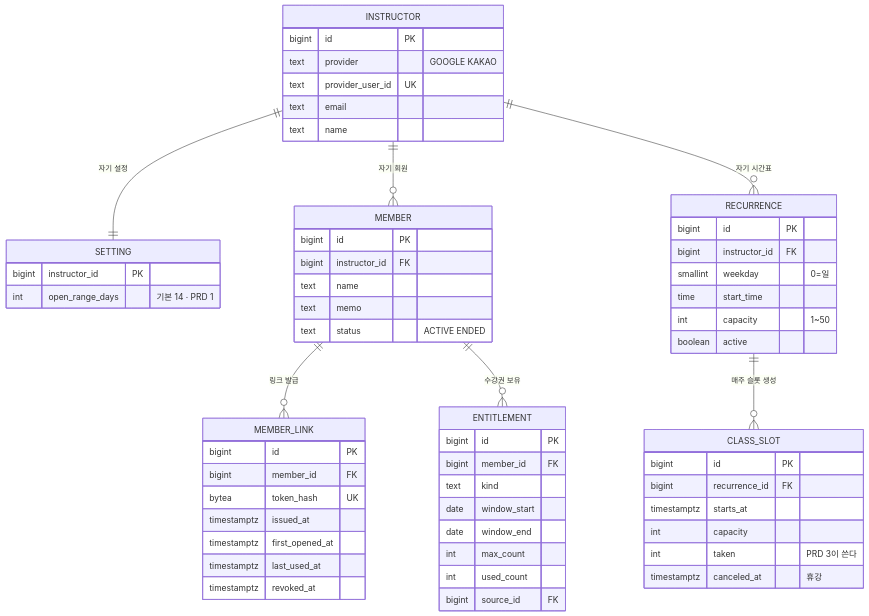
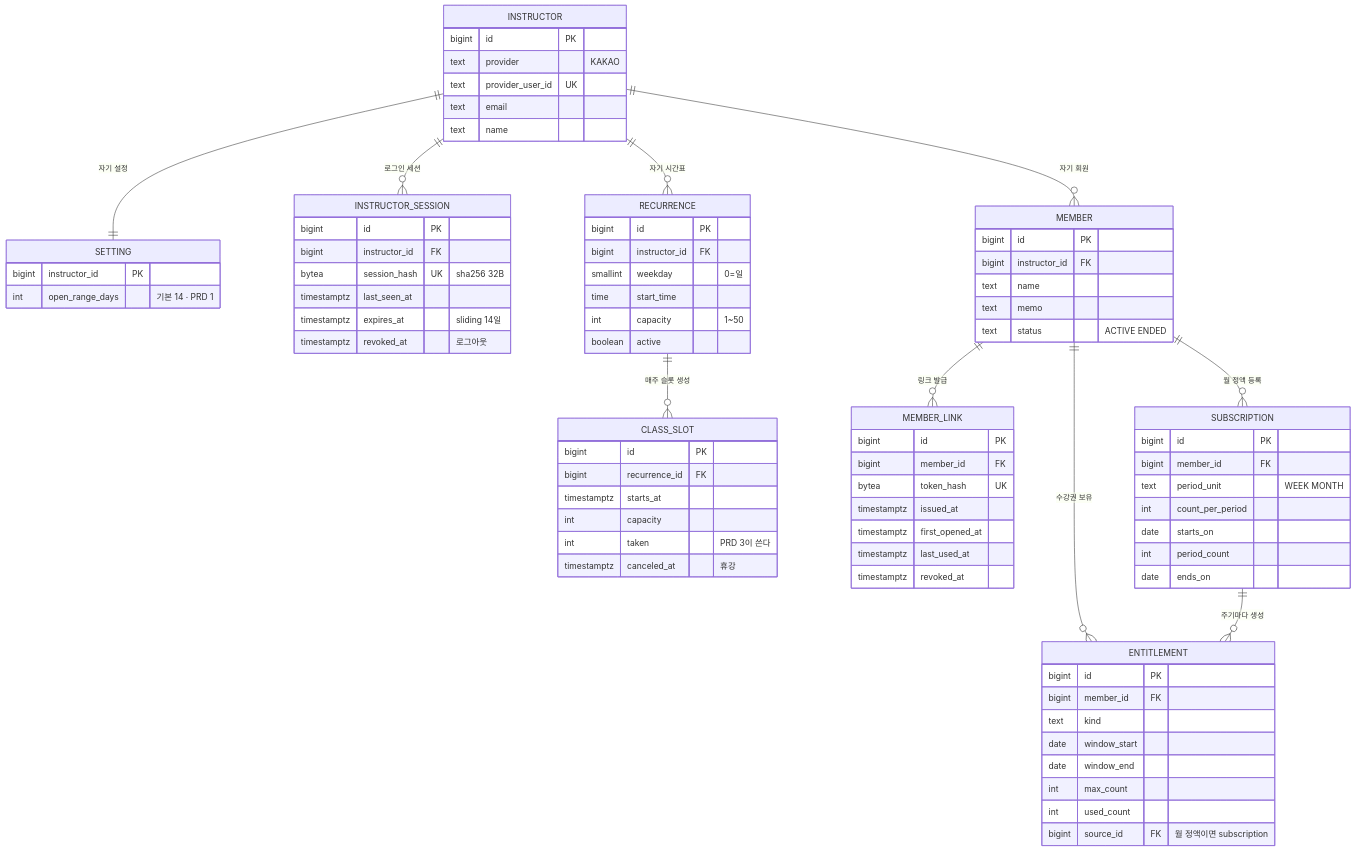
The diagram in docs/spec/instructor/0001-instructor-setup/prd.md (Fit-link-v2/FitLink-BE), drawn with Mermaid before and after one commit. The commit also changed other lines of this file and 30 other files, not shown here.

First line of the commit message:
docs(spec): 2026-09-25 회의 결정을 ERD · 테이블 설계에 반영

````diff
--- a/docs/spec/instructor/0001-instructor-setup/prd.md
+++ b/docs/spec/instructor/0001-instructor-setup/prd.md
@@ -15,14 +15,23 @@
 ```mermaid
 erDiagram
     INSTRUCTOR ||--|| SETTING : "자기 설정"
+    INSTRUCTOR ||--o{ INSTRUCTOR_SESSION : "로그인 세션"
     INSTRUCTOR ||--o{ MEMBER : "자기 회원"
     INSTRUCTOR ||--o{ RECURRENCE : "자기 시간표"
     INSTRUCTOR {
         bigint id PK
-        text provider "GOOGLE KAKAO"
+        text provider "KAKAO"
         text provider_user_id UK
         text email
         text name
+    }
+    INSTRUCTOR_SESSION {
+        bigint id PK
+        bigint instructor_id FK
+        bytea session_hash UK "sha256 32B"
+        timestamptz last_seen_at
+        timestamptz expires_at "sliding 14일"
+        timestamptz revoked_at "로그아웃"
     }
     SETTING {
         bigint instructor_id PK
@@ -49,6 +58,8 @@
 
     MEMBER ||--o{ MEMBER_LINK : "링크 발급"
     MEMBER ||--o{ ENTITLEMENT : "수강권 보유"
+    MEMBER ||--o{ SUBSCRIPTION : "월 정액 등록"
+    SUBSCRIPTION ||--o{ ENTITLEMENT : "주기마다 생성"
     MEMBER {
         bigint id PK
         bigint instructor_id FK
@@ -73,6 +84,15 @@
         date window_end
         int max_count
         int used_count
-        bigint source_id FK
+        bigint source_id FK "월 정액이면 subscription"
+    }
+    SUBSCRIPTION {
+        bigint id PK
+        bigint member_id FK
+        text period_unit "WEEK MONTH"
+        int count_per_period
+        date starts_on
+        int period_count
+        date ends_on
     }
 ```
````
